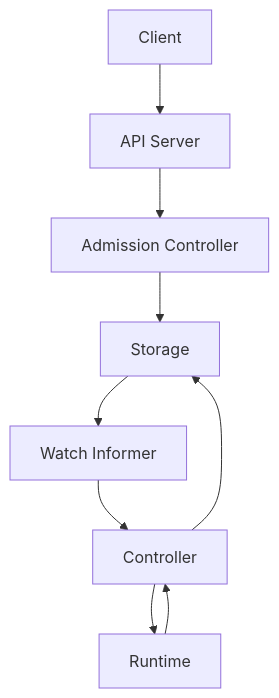
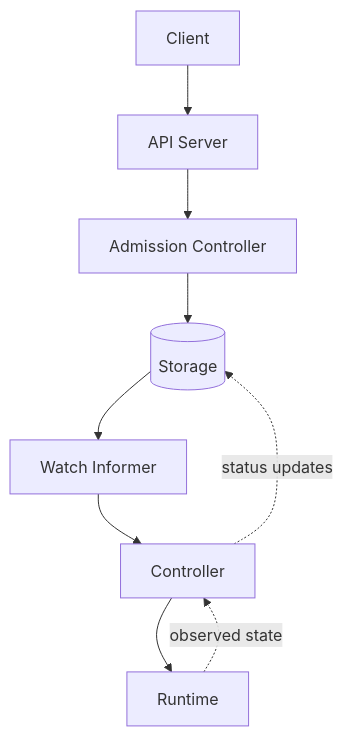
The diagram in README.md (Phoenix1504e/mini-control-plane), drawn with Mermaid before and after one commit.

Commit message:
Refine architecture diagram in README.md
Updated the architecture diagram in README.md for clarity.

````diff
--- a/README.md
+++ b/README.md
@@ -53,19 +53,13 @@
 ```mermaid
 flowchart TD
-    Client[Client]
-    APIServer[API Server]
-    Admission[Admission Controller]
-    Storage[Storage]
-    Watch[Watch Informer]
-    Controller[Controller]
-    Runtime[Runtime]
-
-    Client --> APIServer
-    APIServer --> Admission
-    Admission --> Storage
-    Storage --> Watch
-    Watch --> Controller
-    Controller --> Runtime
-    Runtime --> Controller
-    Controller --> Storage
+    Client --> APIServer[API Server]
+    APIServer --> Admission[Admission Controller]
+    Admission --> Storage[(Storage)]
+    
+    Storage --> Watch[Watch Informer]
+    Watch --> Controller[Controller]
+    Controller --> Runtime[Runtime]
+    
+    Runtime -. observed state .-> Controller
+    Controller -. status updates .-> Storage
 ```
````
